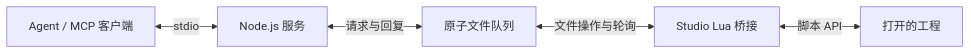
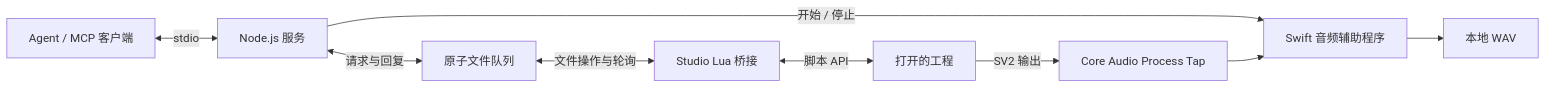
The diagram in README.zhcn.md (PhiLia-Ego/SVBridge4Agent), drawn with Mermaid before and after one commit. The commit also changed other lines of this file and 22 other files, not shown here.

First line of the commit message:
feat: add project editing APIs and macOS audio capture

````diff
--- a/README.zhcn.md
+++ b/README.zhcn.md
@@ -62,7 +89,11 @@
 ```mermaid
 flowchart LR
   Agent[Agent / MCP 客户端] <-->|stdio| Server[Node.js 服务]
   Server <-->|请求与回复| Queue[原子文件队列]
   Queue <-->|文件操作与轮询| Bridge[Studio Lua 桥接]
   Bridge <-->|脚本 API| Project[打开的工程]
+  Server -->|开始 / 停止| Capture[Swift 音频辅助程序]
+  Project -->|SV2 输出| Tap[Core Audio Process Tap]
+  Tap --> Capture
+  Capture --> WAV[本地 WAV]
 ```
````
